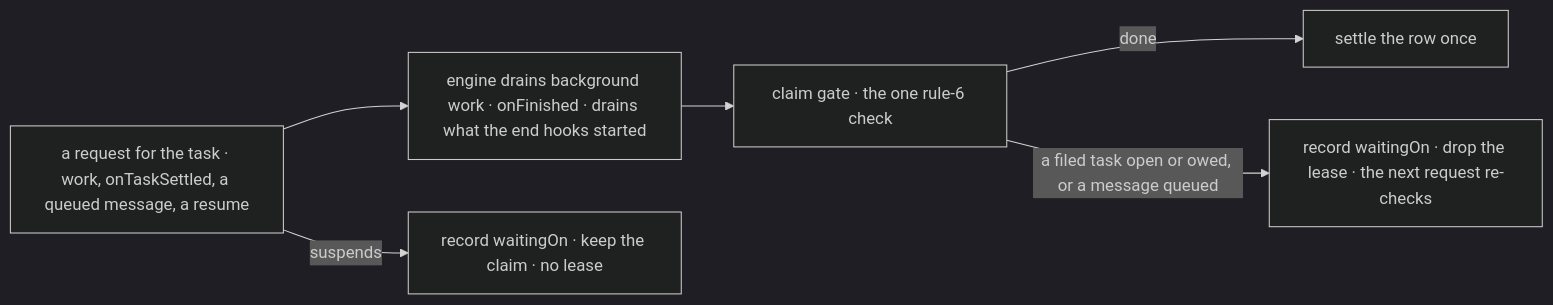
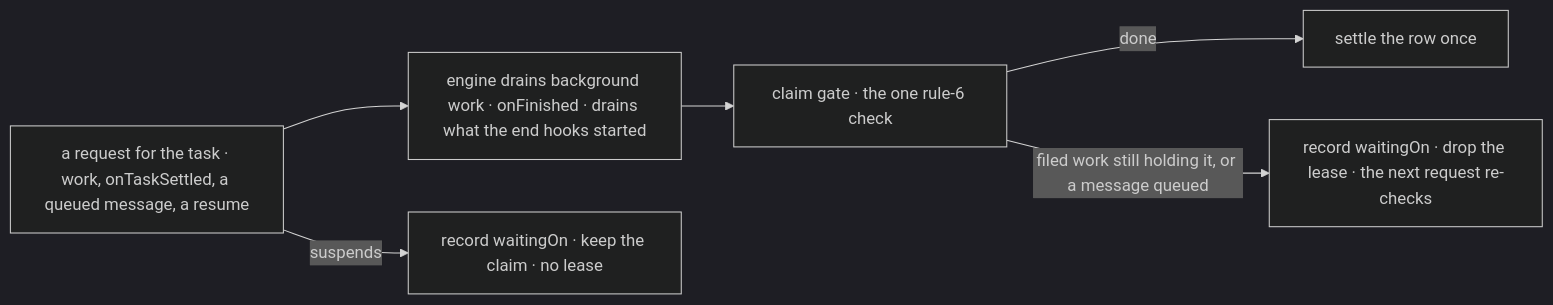
The second of 2 diagrams in specs/issues/FIX-2077/SPEC.md (fixpoint-labs/flow-state-dev), drawn with Mermaid (dark theme) before and after one commit. The commit also changed other lines of this file and 1 other file, not shown here.

First line of the commit message:
spec(FIX-2077): one rule-6 phrase for filed work still holding the parent

````diff
--- a/specs/issues/FIX-2077/SPEC.md
+++ b/specs/issues/FIX-2077/SPEC.md
@@ -81,8 +81,8 @@
 ```mermaid
 flowchart LR
   W["a request for the task · work, onTaskSettled, a queued message, a resume"] --> E["engine drains background work · onFinished · drains what the end hooks started"]
   E --> G["claim gate · the one rule-6 check"]
   G -->|"done"| S["settle the row once"]
-  G -->|"a filed task open or owed, or a message queued"| H["record waitingOn · drop the lease · the next request re-checks"]
+  G -->|"filed work still holding it, or a message queued"| H["record waitingOn · drop the lease · the next request re-checks"]
   W -->|"suspends"| K["record waitingOn · keep the claim · no lease"]
 ```
````
